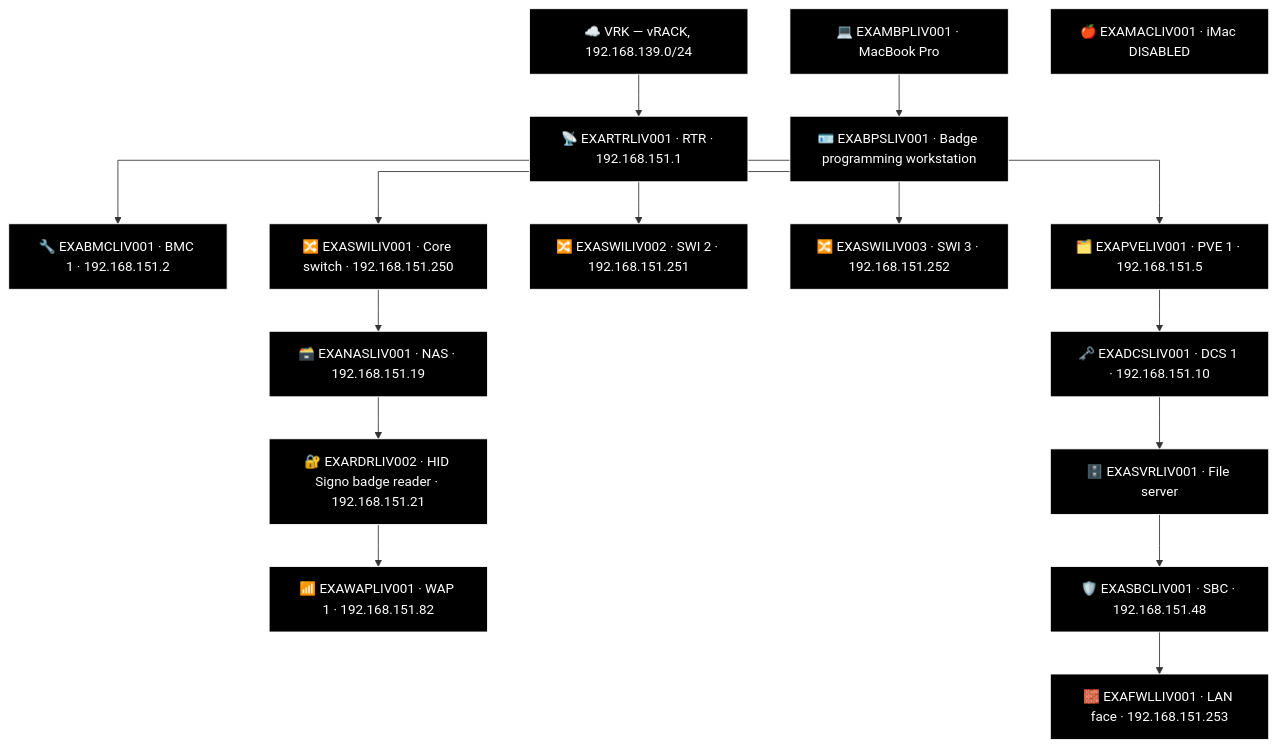
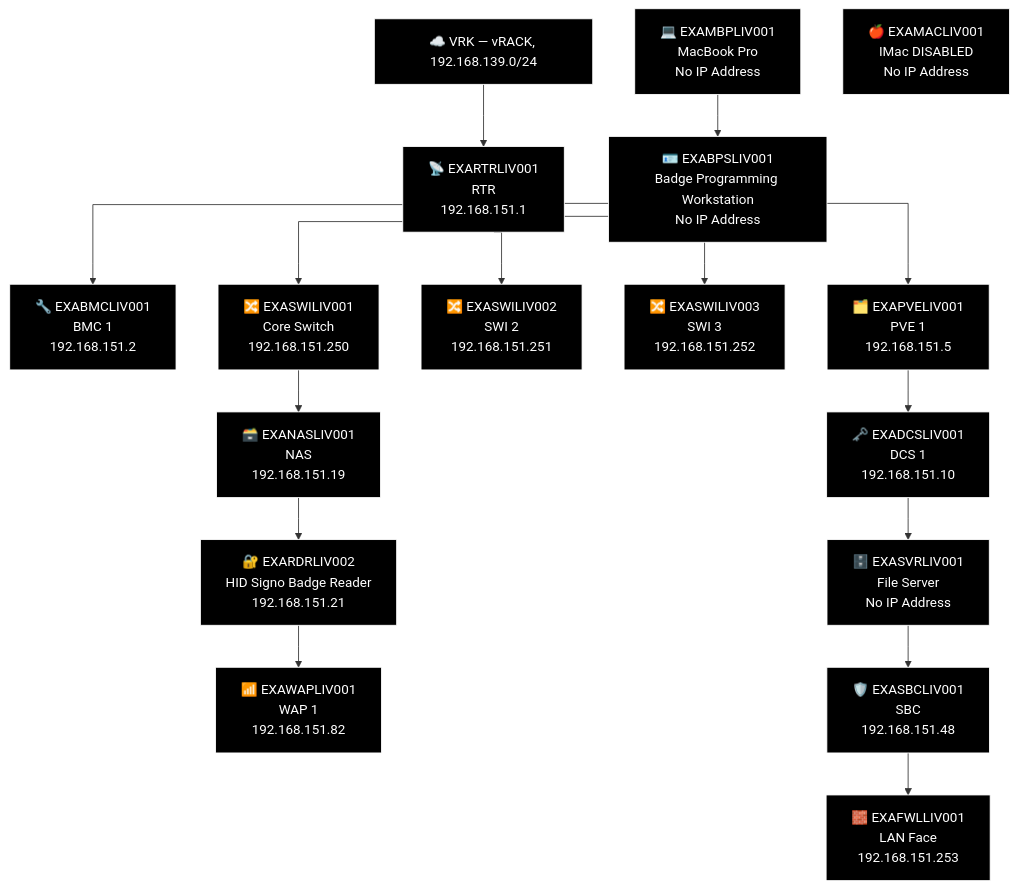
Before and after one commit to knightmare2600/example_music_infra: the eighth of 18 diagrams in docs/network-diagram/england.md, drawn with Mermaid. The commit also changed other lines of this file and 18 other files, not shown here.

````diff
--- a/docs/network-diagram/england.md
+++ b/docs/network-diagram/england.md
@@ -347,49 +347,49 @@
 ```mermaid
 %% GENERATED:TOPOLOGY:LIV:START
 %%{init: {'flowchart': {'curve': 'stepAfter'}}}%%
 graph TD
     T_VRK["☁️ VRK — vRACK, 192.168.139.0/24"]
-    T_RTR["📡 EXARTRLIV001 · RTR · 192.168.151.1"]
+    T_RTR["📡 EXARTRLIV001<br/>RTR<br/>192.168.151.1"]
     T_VRK --> T_RTR
-    T_BMC["🔧 EXABMCLIV001 · BMC 1 · 192.168.151.2"]
+    T_BMC["🔧 EXABMCLIV001<br/>BMC 1<br/>192.168.151.2"]
     T_RTR --> T_BMC
-    T_PVE["🗂️ EXAPVELIV001 · PVE 1 · 192.168.151.5"]
+    T_PVE["🗂️ EXAPVELIV001<br/>PVE 1<br/>192.168.151.5"]
     T_RTR --> T_PVE
-    T_SWI["🔀 EXASWILIV002 · SWI 2 · 192.168.151.251"]
+    T_SWI["🔀 EXASWILIV002<br/>SWI 2<br/>192.168.151.251"]
     T_RTR --> T_SWI
-    T_SWI2["🔀 EXASWILIV003 · SWI 3 · 192.168.151.252"]
+    T_SWI2["🔀 EXASWILIV003<br/>SWI 3<br/>192.168.151.252"]
     T_RTR --> T_SWI2
-    T_SWI3["🔀 EXASWILIV001 · Core switch · 192.168.151.250"]
+    T_SWI3["🔀 EXASWILIV001<br/>Core Switch<br/>192.168.151.250"]
     T_RTR --> T_SWI3
-    T_NAS["🗃️ EXANASLIV001 · NAS · 192.168.151.19"]
-    T_RDR["🔐 EXARDRLIV002 · HID Signo badge reader · 192.168.151.21"]
-    T_WAP["📶 EXAWAPLIV001 · WAP 1 · 192.168.151.82"]
+    T_NAS["🗃️ EXANASLIV001<br/>NAS<br/>192.168.151.19"]
+    T_RDR["🔐 EXARDRLIV002<br/>HID Signo Badge Reader<br/>192.168.151.21"]
+    T_WAP["📶 EXAWAPLIV001<br/>WAP 1<br/>192.168.151.82"]
     T_SWI3 --> T_NAS --> T_RDR --> T_WAP
-    T_DCS["🗝️ EXADCSLIV001 · DCS 1 · 192.168.151.10"]
-    T_SVR["🗄️ EXASVRLIV001 · File server"]
-    T_SBC["🛡️ EXASBCLIV001 · SBC · 192.168.151.48"]
-    T_FWL["🧱 EXAFWLLIV001 · LAN face · 192.168.151.253"]
+    T_DCS["🗝️ EXADCSLIV001<br/>DCS 1<br/>192.168.151.10"]
+    T_SVR["🗄️ EXASVRLIV001<br/>File Server<br/>No IP Address"]
+    T_SBC["🛡️ EXASBCLIV001<br/>SBC<br/>192.168.151.48"]
+    T_FWL["🧱 EXAFWLLIV001<br/>LAN Face<br/>192.168.151.253"]
     T_PVE --> T_DCS --> T_SVR --> T_SBC --> T_FWL
-    T_MBP["💻 EXAMBPLIV001 · MacBook Pro"]
-    T_MAC["🍎 EXAMACLIV001 · iMac DISABLED"]
-    T_BPS["🪪 EXABPSLIV001 · Badge programming workstation"]
+    T_MBP["💻 EXAMBPLIV001<br/>MacBook Pro<br/>No IP Address"]
+    T_MAC["🍎 EXAMACLIV001<br/>IMac DISABLED<br/>No IP Address"]
+    T_BPS["🪪 EXABPSLIV001<br/>Badge Programming Workstation<br/>No IP Address"]
     T_MBP --> T_BPS
     style T_VRK fill:#000000,stroke:#FFFFFF,color:#FFFFFF
     style T_RTR fill:#000000,stroke:#FFFFFF,color:#FFFFFF
     style T_BMC fill:#000000,stroke:#FFFFFF,color:#FFFFFF
     style T_PVE fill:#000000,stroke:#FFFFFF,color:#FFFFFF
     style T_SWI fill:#000000,stroke:#FFFFFF,color:#FFFFFF
     style T_SWI2 fill:#000000,stroke:#FFFFFF,color:#FFFFFF
     style T_SWI3 fill:#000000,stroke:#FFFFFF,color:#FFFFFF
     style T_NAS fill:#000000,stroke:#FFFFFF,color:#FFFFFF
     style T_RDR fill:#000000,stroke:#FFFFFF,color:#FFFFFF
     style T_WAP fill:#000000,stroke:#FFFFFF,color:#FFFFFF
     style T_DCS fill:#000000,stroke:#FFFFFF,color:#FFFFFF
     style T_SVR fill:#000000,stroke:#FFFFFF,color:#FFFFFF
     style T_SBC fill:#000000,stroke:#FFFFFF,color:#FFFFFF
     style T_FWL fill:#000000,stroke:#FFFFFF,color:#FFFFFF
     style T_MBP fill:#000000,stroke:#FFFFFF,color:#FFFFFF
     style T_MAC fill:#000000,stroke:#FFFFFF,color:#FFFFFF
     style T_BPS fill:#000000,stroke:#FFFFFF,color:#FFFFFF
 %% GENERATED:TOPOLOGY:LIV:END
 ```
````
